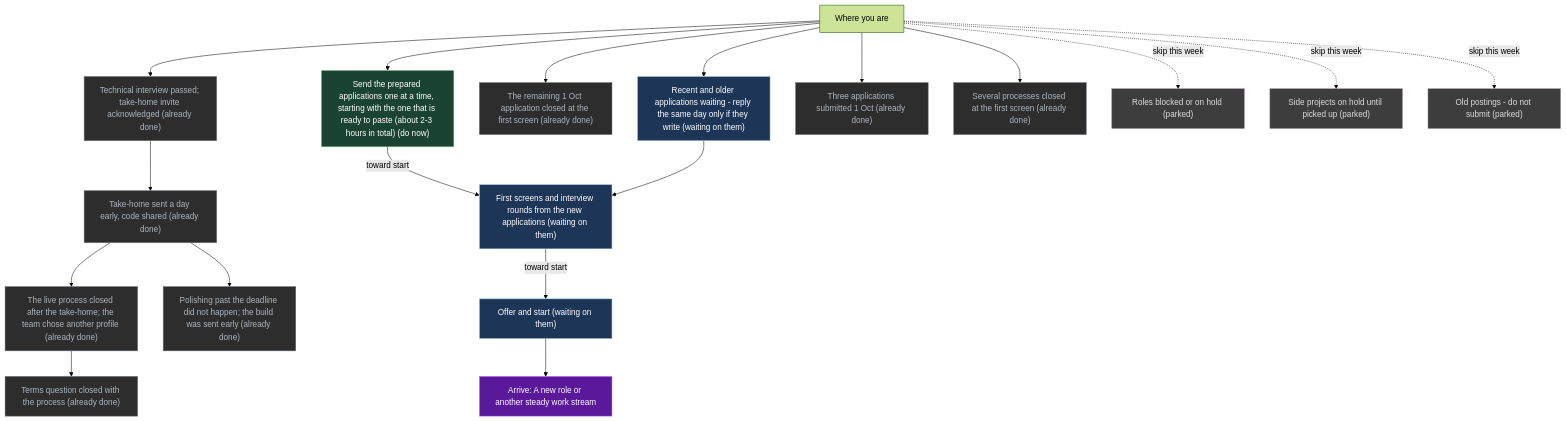
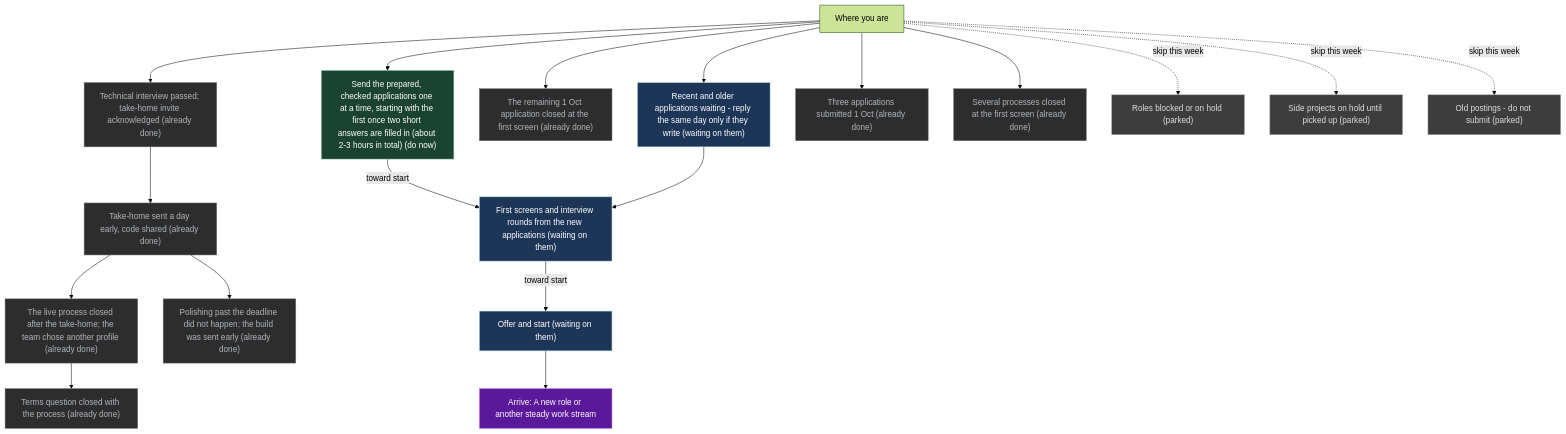
The diagram in UI/Mission.md (p10ns11y/life-os), drawn with Mermaid (forest theme) before and after one commit. The commit also changed other lines of this file, not shown here.

````diff
--- a/UI/Mission.md
+++ b/UI/Mission.md
@@ -70,47 +70,47 @@
 ```mermaid
 flowchart TB
   x["Where you are"]
   G["Arrive: A new role or another steady work stream"]
   S0["Technical interview passed; take-home invite acknowledged (already done)"]
   S4["Take-home sent a day early, code shared (already done)"]
   S4b["The live process closed after the take-home; the team chose another profile (already done)"]
-  S7["Send the prepared applications one at a time, starting with the one that is ready to paste (about 2-3 hours in total) (do now)"]
+  S7["Send the prepared, checked applications one at a time, starting with the first once two short answers are filled in (about 2-3 hours in total) (do now)"]
   S8["First screens and interview rounds from the new applications (waiting on them)"]
   S5["Offer and start (waiting on them)"]
   S6["The remaining 1 Oct application closed at the first screen (already done)"]
   S1["Recent and older applications waiting - reply the same day only if they write (waiting on them)"]
   R1["Terms question closed with the process (already done)"]
   R2["Polishing past the deadline did not happen; the build was sent early (already done)"]
   S3["Three applications submitted 1 Oct (already done)"]
   D1["Several processes closed at the first screen (already done)"]
   P1["Roles blocked or on hold (parked)"]
   P2["Side projects on hold until picked up (parked)"]
   P3["Old postings - do not submit (parked)"]
   x --> S0
   S0 --> S4
   S4 --> S4b
   x --> S7
   S7 -->|"toward start"| S8
   S1 --> S8
   S8 -->|"toward start"| S5
   x --> S6
   x --> S1
   S4b --> R1
   S4 --> R2
   x --> S3
   x --> D1
   x -.->|"skip this week"| P1
   x -.->|"skip this week"| P2
   x -.->|"skip this week"| P3
   S5 --> G
   classDef do fill:#1b4332,stroke:#95d5b2,color:#fff
   classDef wait fill:#1d3557,stroke:#a8dadc,color:#fff
   classDef park fill:#3d3d3d,stroke:#9a8c98,color:#ddd
   classDef done fill:#2d2d2d,stroke:#6c757d,color:#adb5bd
   classDef goal fill:#5a189a,stroke:#c77dff,color:#fff
   class G goal
   class S7 do
   class S8,S5,S1 wait
   class P1,P2,P3 park
   class S0,S4,S4b,S6,R1,R2,S3,D1 done
 ```
````
